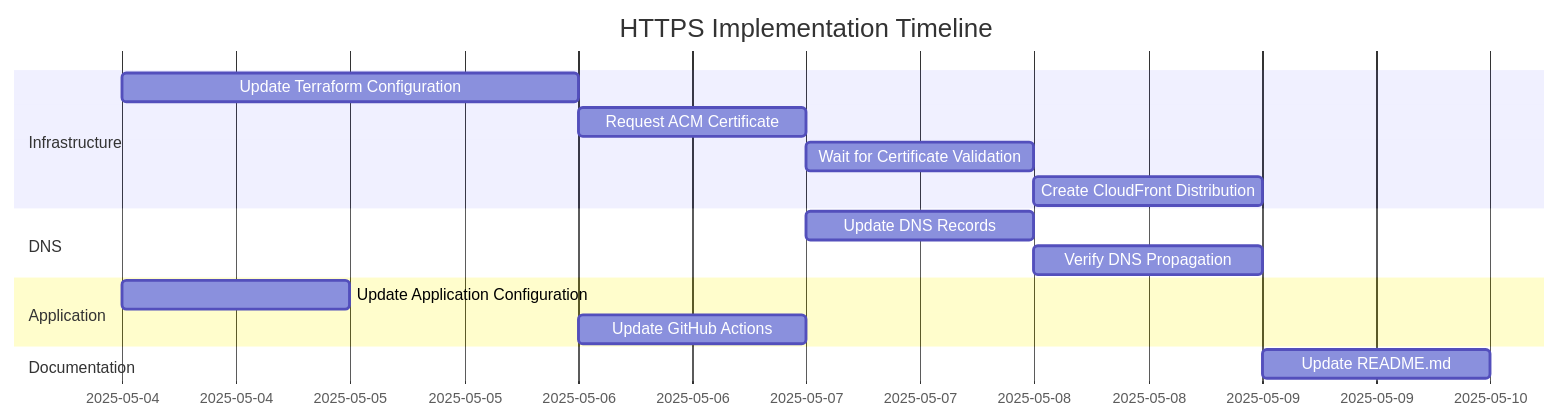
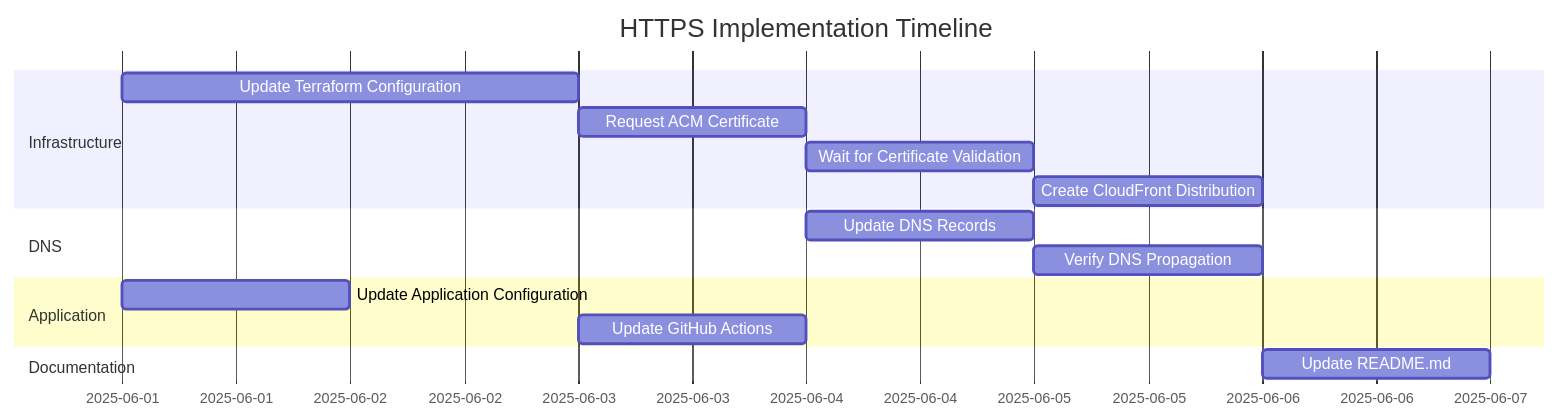
The second of 2 diagrams in infrastructure-plan.md (declanshanaghy/dollar-game), drawn with Mermaid before and after one commit. The commit also changed other lines of this file and 9 other files, not shown here.

````diff
--- a/infrastructure-plan.md
+++ b/infrastructure-plan.md
@@ -262,18 +262,18 @@
 ```mermaid
 gantt
     title HTTPS Implementation Timeline
     dateFormat  YYYY-MM-DD
     section Infrastructure
-    Update Terraform Configuration    :a1, 2025-05-04, 2d
+    Update Terraform Configuration    :a1, 2025-06-01, 2d
     Request ACM Certificate          :a2, after a1, 1d
     Wait for Certificate Validation  :a3, after a2, 1d
     Create CloudFront Distribution   :a4, after a3, 1d
     section DNS
     Update DNS Records               :b1, after a2, 1d
     Verify DNS Propagation           :b2, after b1, 1d
     section Application
-    Update Application Configuration :c1, 2025-05-04, 1d
+    Update Application Configuration :c1, 2025-06-01, 1d
     Update GitHub Actions            :c2, after a1, 1d
     section Documentation
     Update README.md                 :d1, after a4, 1d
 ```
````
